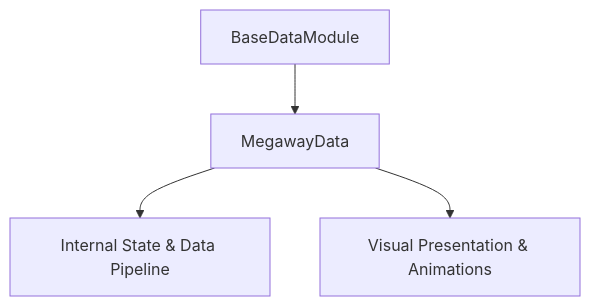
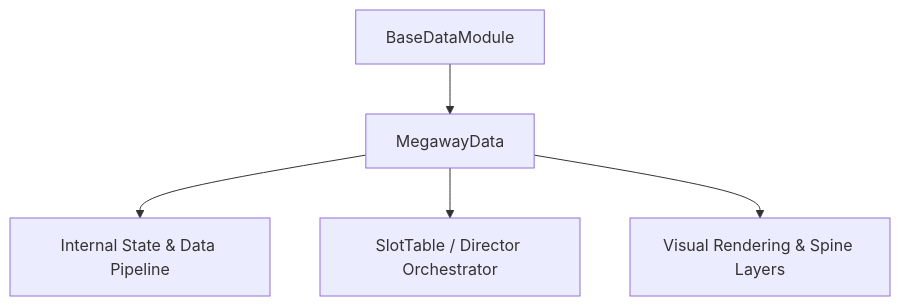
One commit to lam-ark/mcp-fwcc changed the diagram in docs/cc_slot_mechanics/modules/MegawayData/01_overview/01_architecture_and_role.md. Above: the diagram before and after it, drawn with Mermaid. The commit also changed other lines of this file and 2509 other files, not shown here.

````diff
--- a/docs/cc_slot_mechanics/modules/MegawayData/01_overview/01_architecture_and_role.md
+++ b/docs/cc_slot_mechanics/modules/MegawayData/01_overview/01_architecture_and_role.md
@@ -18,6 +24,7 @@
 ```mermaid
 graph TD
-    Parent[BaseDataModule] --> Mod[MegawayData]
-    Mod --> State[Internal State & Data Pipeline]
-    Mod --> Render[Visual Presentation & Animations]
+    SuperClass[BaseDataModule] --> TargetClass[MegawayData]
+    TargetClass --> DataPipeline[Internal State & Data Pipeline]
+    TargetClass --> Orchestrator[SlotTable / Director Orchestrator]
+    TargetClass --> ViewLayer[Visual Rendering & Spine Layers]
 ```
````
